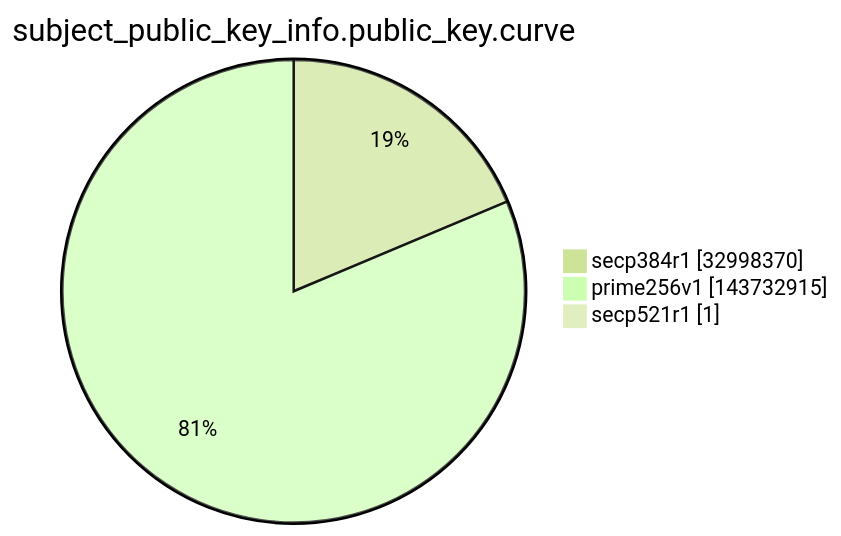
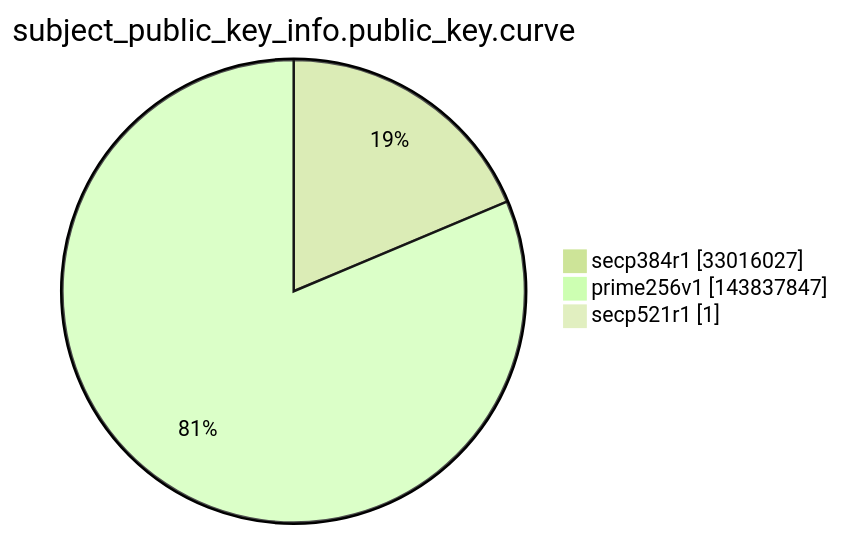
One commit to christiankrug/ctmonitor_visualization changed the ninth of 15 diagrams in argon2022/README.md. Above: the diagram before and after it, drawn with Mermaid (forest theme). The commit also changed other lines of this file, not shown here.

````diff
--- a/argon2022/README.md
+++ b/argon2022/README.md
@@ -2764,7 +2764,7 @@
 ```mermaid
 pie showData
 title subject_public_key_info.public_key.curve
-"secp384r1" :32998370
-"prime256v1" :143732915
+"secp384r1" :33016027
+"prime256v1" :143837847
 "secp521r1" :1
 ```
````
